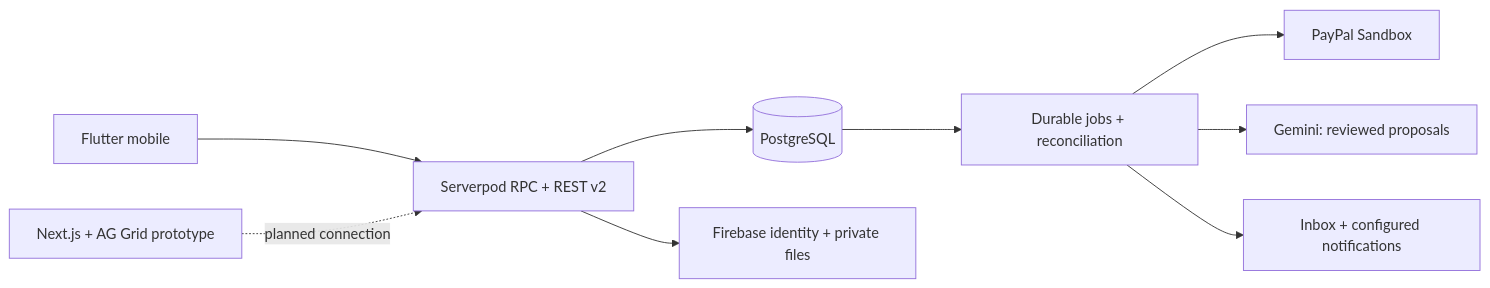
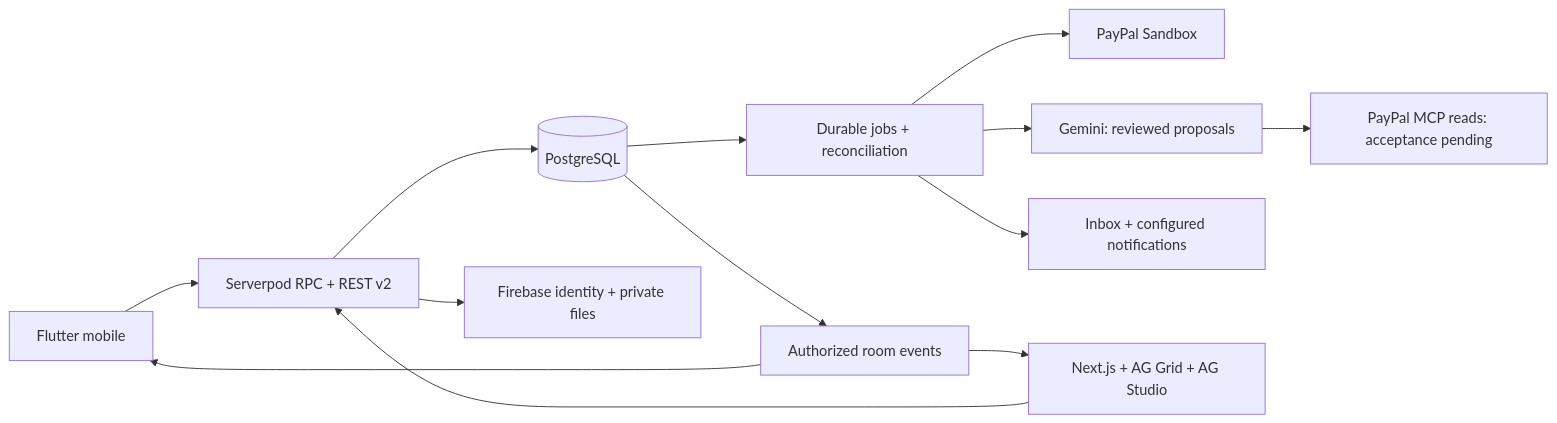
One commit to FouadABT/raysto changed the diagram in README.md. Above: the diagram before and after it, drawn with Mermaid. The commit also changed other lines of this file and 111 other files, not shown here.

````diff
--- a/README.md
+++ b/README.md
@@ -50,11 +52,15 @@
 ```mermaid
 flowchart LR
     Mobile[Flutter mobile] --> API[Serverpod RPC + REST v2]
     API --> SQL[(PostgreSQL)]
     API --> Firebase[Firebase identity + private files]
     SQL --> Jobs[Durable jobs + reconciliation]
     Jobs --> PayPal[PayPal Sandbox]
     Jobs --> AI[Gemini: reviewed proposals]
     Jobs --> Notices[Inbox + configured notifications]
-    Web[Next.js + AG Grid prototype] -. planned connection .-> API
+    Web[Next.js + AG Grid + AG Studio] --> API
+    AI --> MCP[PayPal MCP reads: acceptance pending]
+    SQL --> Events[Authorized room events]
+    Events --> Mobile
+    Events --> Web
 ```
````
